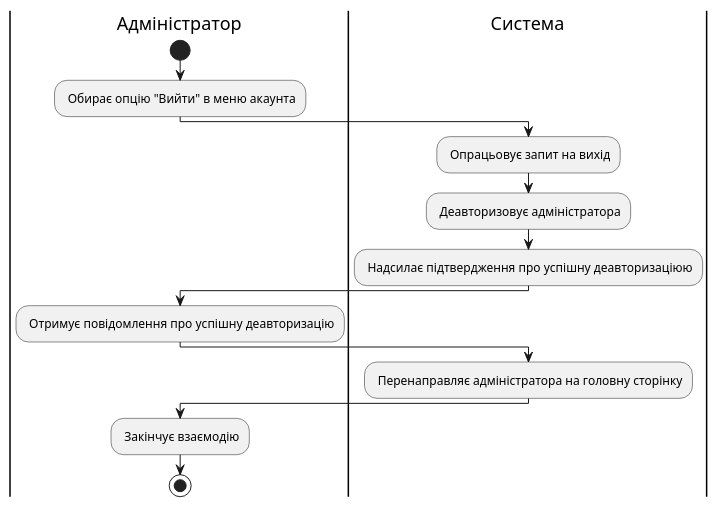
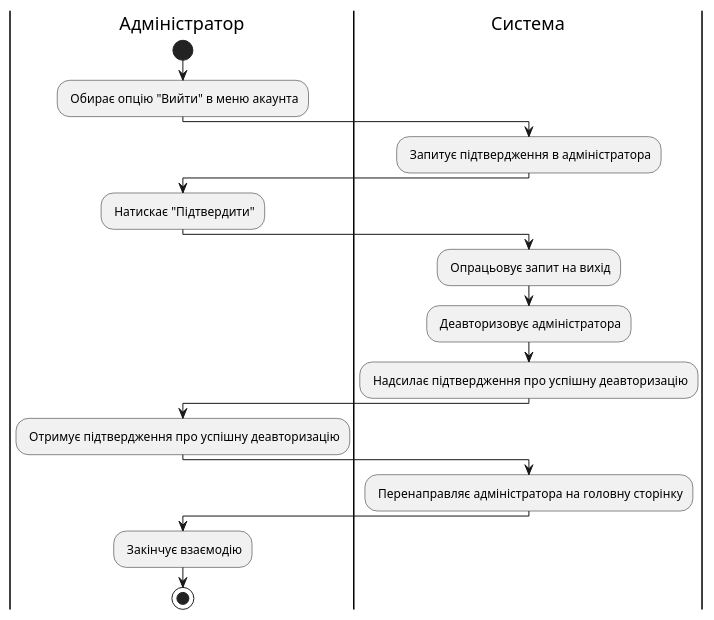
Diagram 19 of 19 in docs/use cases/README.md (watashone/db-labs), drawn with PlantUML before and after one commit. The commit also changed other lines of this file, not shown here.

```diff
--- a/docs/use cases/README.md
+++ b/docs/use cases/README.md
@@ -624,18 +679,22 @@
 @startuml
 
     |Адміністратор|
         start
         : Обирає опцію "Вийти" в меню акаунта;
     |Система|
+        : Запитує підтвердження в адміністратора;
+    |Адміністратор|
+        : Натискає "Підтвердити";
+    |Система|
         : Опрацьовує запит на вихід;
         : Деавторизовує адміністратора;
-        : Надсилає підтвердження про успішну деавторизаціюю;
+        : Надсилає підтвердження про успішну деавторизацію;
     |Адміністратор|
-        : Отримує повідомлення про успішну деавторизацію;
-    |Система|
+        : Отримує підтвердження про успішну деавторизацію;
+    |Система|    
         : Перенаправляє адміністратора на головну сторінку;
     |Адміністратор|
         : Закінчує взаємодію;
         stop;
         
 @enduml
```
